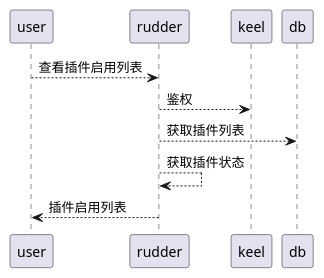
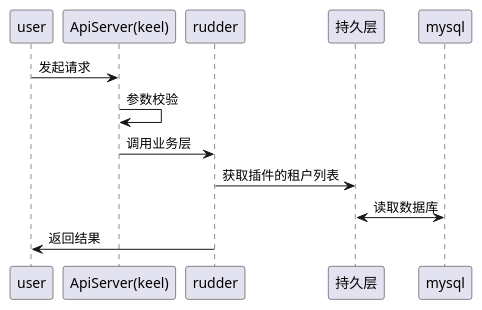
Before and after one commit to tkeel-io/docs: the fifth of 5 diagrams in docs/api/appendix/plantuml/plugin-manager-admin.md, drawn with PlantUML. The commit also changed other lines of this file and 2 other files, not shown here.

Commit message:
feat: update plugin manager uml & fluxswicth manager

````diff
--- a/docs/api/appendix/plantuml/plugin-manager-admin.md
+++ b/docs/api/appendix/plantuml/plugin-manager-admin.md
@@ -100,10 +147,17 @@
 ```plantuml
 @startuml
-user --> rudder : 查看插件启用列表
-rudder --> keel : 鉴权
-rudder --> db : 获取插件列表
-rudder --> rudder : 获取插件状态
-rudder --> user : 插件启用列表
+participant "user" as user
+participant "ApiServer(keel)" as keel
+participant "rudder" as rudder
+participant "持久层" as dblayer
+participant "mysql" as mysql
+
+user -> keel : 发起请求
+keel -> keel : 参数校验 
+keel -> rudder : 调用业务层
+rudder -> dblayer : 获取插件的租户列表
+dblayer <-> mysql : 读取数据库
+rudder -> user : 返回结果
 
 @enduml
 ```
````
